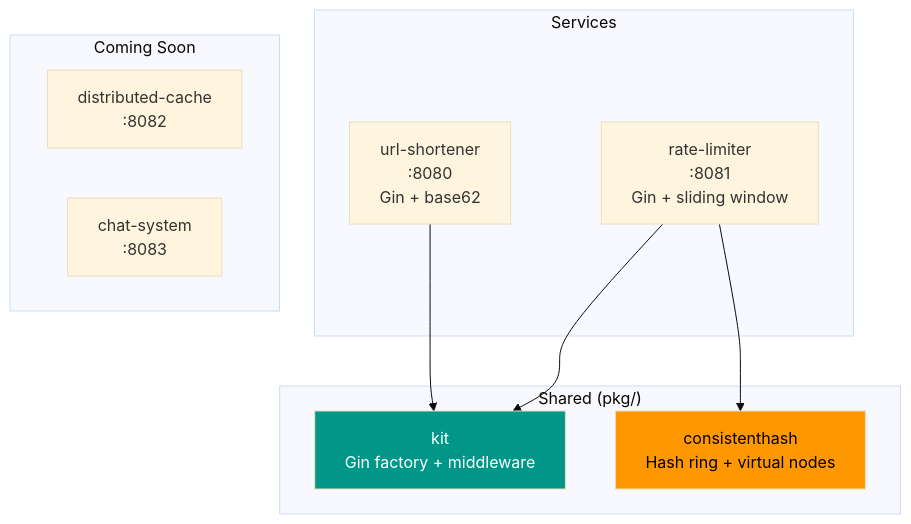
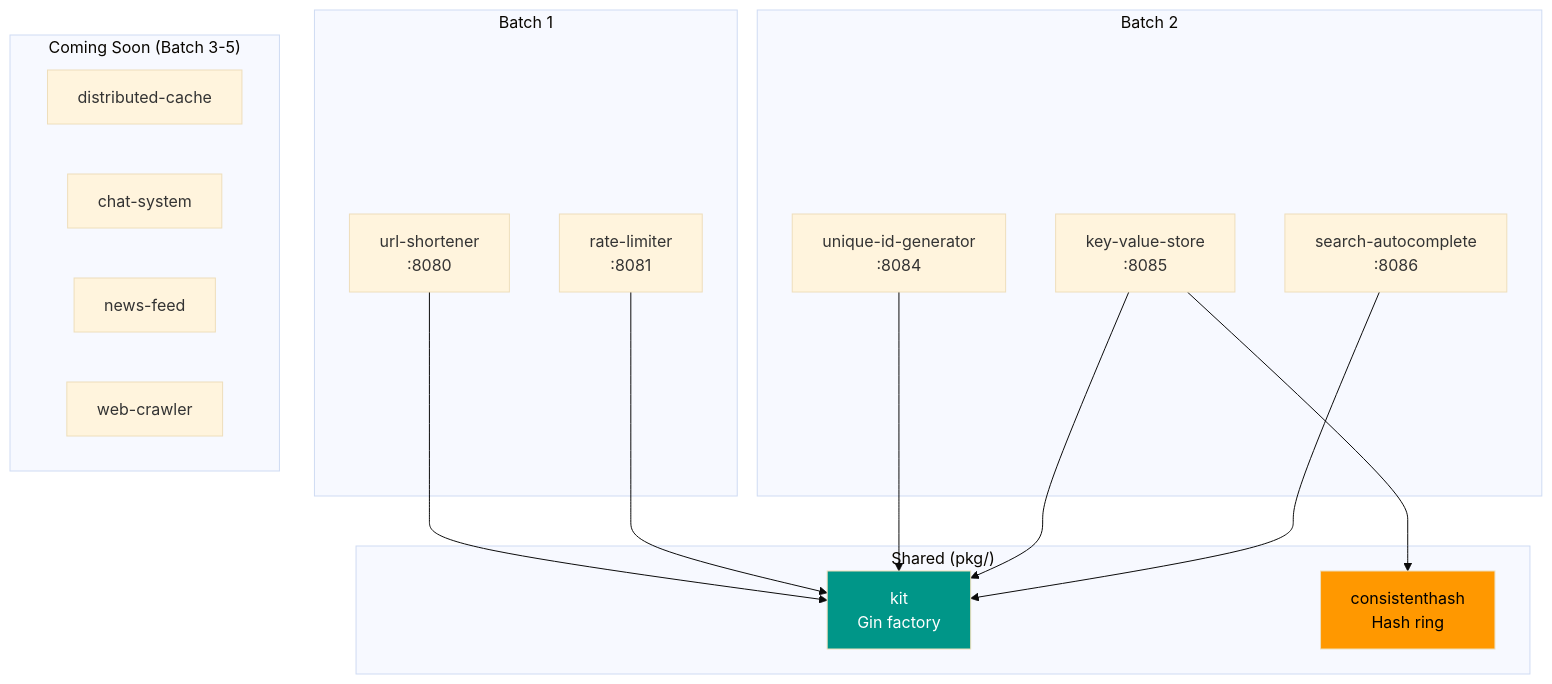
The first of 2 diagrams in README.md (faisalaffan/faisalaffan-design-system), drawn with Mermaid (base theme) before and after one commit. The commit also changed other lines of this file and 1 other file, not shown here.

Commit message:
docs: add Batch 2 services to README with Mermaid diagrams

````diff
--- a/README.md
+++ b/README.md
@@ -23,24 +23,35 @@
 ```mermaid
 flowchart TB
-    subgraph "Services"
-        US["url-shortener<br/>:8080<br/>Gin + base62"]
-        RL["rate-limiter<br/>:8081<br/>Gin + sliding window"]
+    subgraph "Batch 1"
+        US["url-shortener<br/>:8080"]
+        RL["rate-limiter<br/>:8081"]
+    end
+
+    subgraph "Batch 2"
+        ID["unique-id-generator<br/>:8084"]
+        KV["key-value-store<br/>:8085"]
+        AC["search-autocomplete<br/>:8086"]
     end
 
     subgraph "Shared (pkg/)"
-        KIT["kit<br/>Gin factory + middleware"]
-        CH["consistenthash<br/>Hash ring + virtual nodes"]
+        KIT["kit<br/>Gin factory"]
+        CH["consistenthash<br/>Hash ring"]
     end
 
     US --> KIT
     RL --> KIT
-    RL --> CH
+    ID --> KIT
+    KV --> KIT
+    KV --> CH
+    AC --> KIT
 
-    subgraph "Coming Soon"
-        DC["distributed-cache<br/>:8082"]
-        CS["chat-system<br/>:8083"]
+    subgraph "Coming Soon (Batch 3-5)"
+        DC["distributed-cache"]
+        CS["chat-system"]
+        NF["news-feed"]
+        WC["web-crawler"]
     end
 
     style KIT fill:#009688,color:#fff
     style CH fill:#ff9800,color:#000
 ```
````
